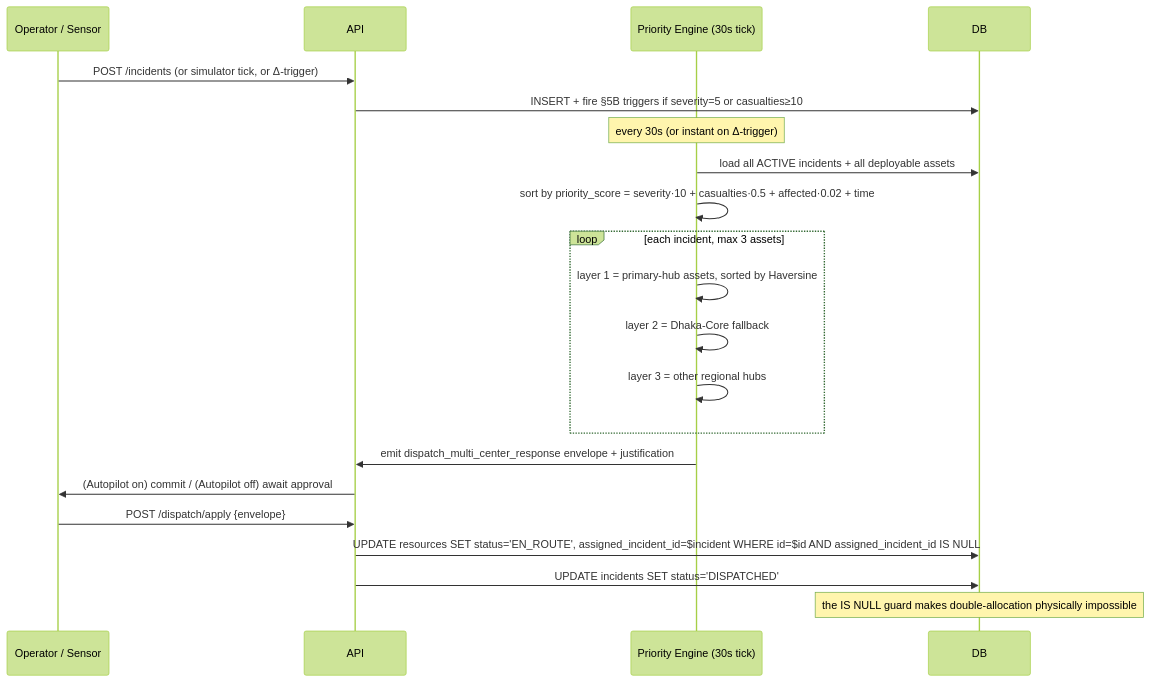
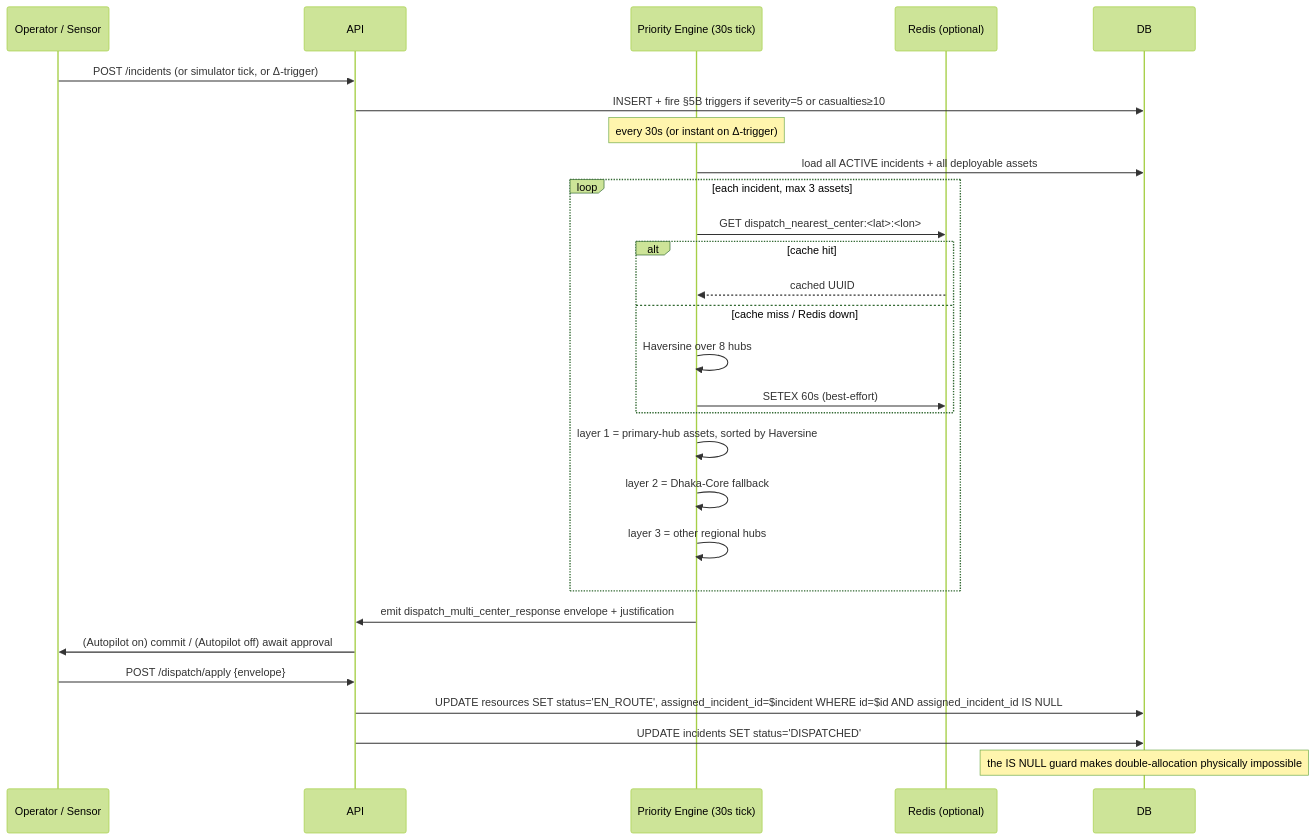
Before and after one commit to AhmedTrooper/Civic-Sync: the second of 2 diagrams in README.md, drawn with Mermaid (forest theme). The commit also changed other lines of this file and 2 other files, not shown here.

````diff
--- a/README.md
+++ b/README.md
@@ -103,25 +203,32 @@
 ```mermaid
 sequenceDiagram
     participant Op as Operator / Sensor
     participant API
     participant Engine as Priority Engine (30s tick)
+    participant Cache as Redis (optional)
     participant DB
 
     Op->>API: POST /incidents  (or simulator tick, or Δ-trigger)
     API->>DB: INSERT + fire §5B triggers if severity=5 or casualties≥10
     Note over Engine: every 30s (or instant on Δ-trigger)
     Engine->>DB: load all ACTIVE incidents + all deployable assets
-    Engine->>Engine: sort by priority_score = severity·10 + casualties·0.5 + affected·0.02 + time
     loop each incident, max 3 assets
+        Engine->>Cache: GET dispatch_nearest_center:<lat>:<lon>
+        alt cache hit
+            Cache-->>Engine: cached UUID
+        else cache miss / Redis down
+            Engine->>Engine: Haversine over 8 hubs
+            Engine->>Cache: SETEX 60s (best-effort)
+        end
         Engine->>Engine: layer 1 = primary-hub assets, sorted by Haversine
         Engine->>Engine: layer 2 = Dhaka-Core fallback
         Engine->>Engine: layer 3 = other regional hubs
     end
     Engine->>API: emit dispatch_multi_center_response envelope + justification
     API->>Op: (Autopilot on) commit / (Autopilot off) await approval
 
     Op->>API: POST /dispatch/apply {envelope}
     API->>DB: UPDATE resources SET status='EN_ROUTE', assigned_incident_id=$incident WHERE id=$id AND assigned_incident_id IS NULL
     API->>DB: UPDATE incidents SET status='DISPATCHED'
     Note over DB: the IS NULL guard makes double-allocation physically impossible
 ```
````
